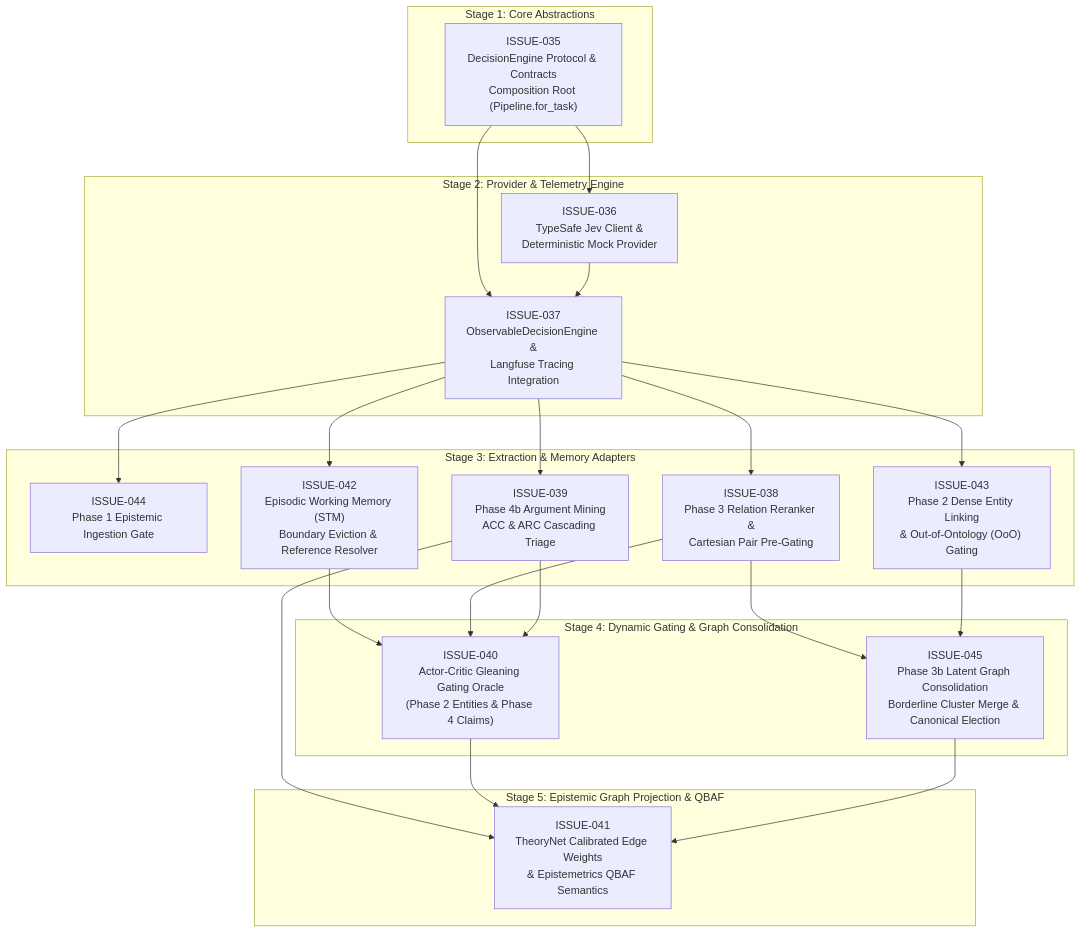
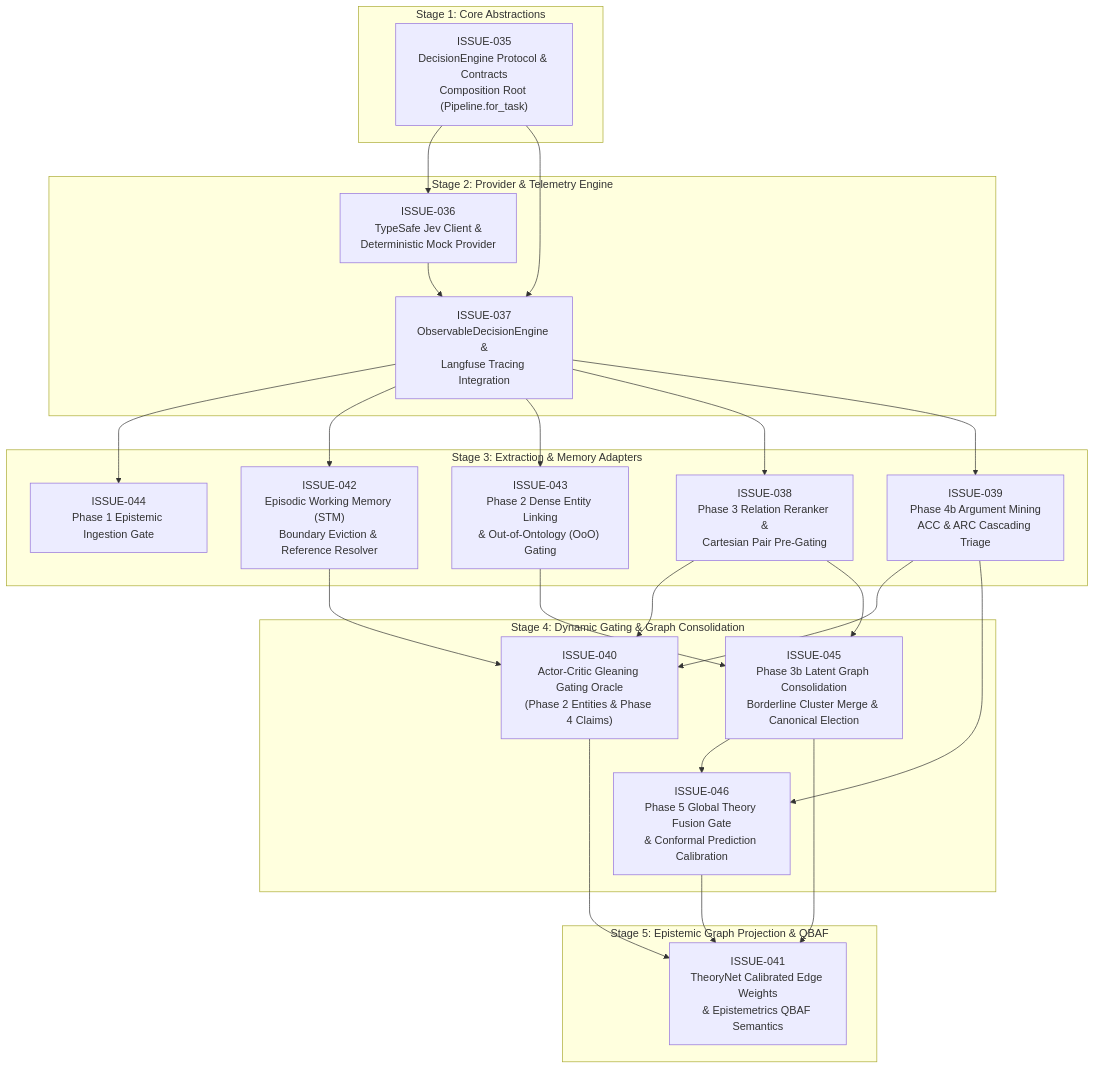
Before and after one commit to maxoem/EpistemeX: the diagram in issues/10-decision-engine-and-jev/index.md, drawn with Mermaid. The commit also changed other lines of this file and 12 other files, not shown here.

````diff
--- a/issues/10-decision-engine-and-jev/index.md
+++ b/issues/10-decision-engine-and-jev/index.md
@@ -39,45 +40,48 @@
 ```mermaid
 flowchart TD
     subgraph Stage1 ["Stage 1: Core Abstractions"]
         I35["ISSUE-035<br/>DecisionEngine Protocol & Contracts<br/>Composition Root (Pipeline.for_task)"]
     end
 
     subgraph Stage2 ["Stage 2: Provider & Telemetry Engine"]
         I36["ISSUE-036<br/>TypeSafe Jev Client &<br/>Deterministic Mock Provider"]
         I37["ISSUE-037<br/>ObservableDecisionEngine &<br/>Langfuse Tracing Integration"]
     end
 
     subgraph Stage3 ["Stage 3: Extraction & Memory Adapters"]
         I44["ISSUE-044<br/>Phase 1 Epistemic Ingestion Gate"]
         I42["ISSUE-042<br/>Episodic Working Memory (STM)<br/>Boundary Eviction & Reference Resolver"]
         I43["ISSUE-043<br/>Phase 2 Dense Entity Linking<br/>& Out-of-Ontology (OoO) Gating"]
         I38["ISSUE-038<br/>Phase 3 Relation Reranker &<br/>Cartesian Pair Pre-Gating"]
         I39["ISSUE-039<br/>Phase 4b Argument Mining<br/>ACC & ARC Cascading Triage"]
     end
 
     subgraph Stage4 ["Stage 4: Dynamic Gating & Graph Consolidation"]
         I40["ISSUE-040<br/>Actor-Critic Gleaning Gating Oracle<br/>(Phase 2 Entities & Phase 4 Claims)"]
         I45["ISSUE-045<br/>Phase 3b Latent Graph Consolidation<br/>Borderline Cluster Merge & Canonical Election"]
+        I46["ISSUE-046<br/>Phase 5 Global Theory Fusion Gate<br/>& Conformal Prediction Calibration"]
     end
 
     subgraph Stage5 ["Stage 5: Epistemic Graph Projection & QBAF"]
         I41["ISSUE-041<br/>TheoryNet Calibrated Edge Weights<br/>& Epistemetrics QBAF Semantics"]
     end
 
     I35 --> I36
     I35 --> I37
     I36 --> I37
     I37 --> I44
     I37 --> I42
     I37 --> I43
     I37 --> I38
     I37 --> I39
     I42 --> I40
     I38 --> I40
     I39 --> I40
     I38 --> I45
     I43 --> I45
-    I39 --> I41
+    I45 --> I46
+    I39 --> I46
+    I46 --> I41
     I40 --> I41
     I45 --> I41
 ```
````
